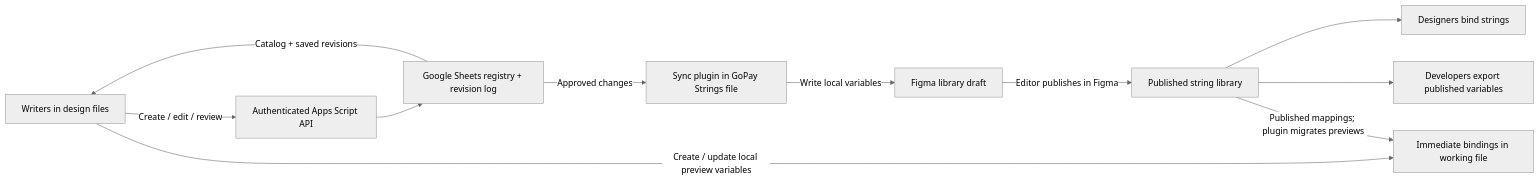
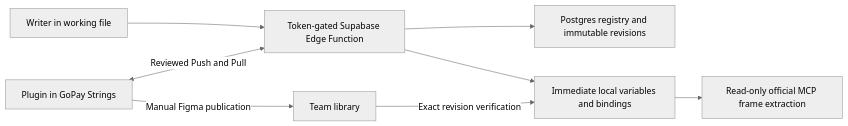
The diagram in docs/string-registry-backend.md (harunaka-manifesto/string-matching), drawn with Mermaid (neutral theme) before and after one commit. The commit also changed other lines of this file and 49 other files, not shown here.

````diff
--- a/docs/string-registry-backend.md
+++ b/docs/string-registry-backend.md
@@ -15,13 +5,10 @@
 ```mermaid
 flowchart LR
-  W[Writers in design files] -->|Create / edit / review| API[Authenticated Apps Script API]
-  API --> DB[Google Sheets registry + revision log]
-  DB -->|Approved changes| L[Sync plugin in GoPay Strings file]
-  L -->|Write local variables| F[Figma library draft]
-  F -->|Editor publishes in Figma| P[Published string library]
-  P --> D[Designers bind strings]
-  P --> V[Developers export published variables]
-  DB -->|Catalog + saved revisions| W
-  W -->|Create / update local preview variables| M[Immediate bindings in working file]
-  P -->|Published mappings; plugin migrates previews| M
+ W[Writer in working file] --> API[Token-gated Supabase Edge Function]
+ API --> DB[Postgres registry and immutable revisions]
+ API --> V[Immediate local variables and bindings]
+ L[Plugin in GoPay Strings] <-->|Reviewed Push and Pull| API
+ L -->|Manual Figma publication| P[Team library]
+ P -->|Exact revision verification| V
+ V --> M[Read-only official MCP frame extraction]
 ```
````
